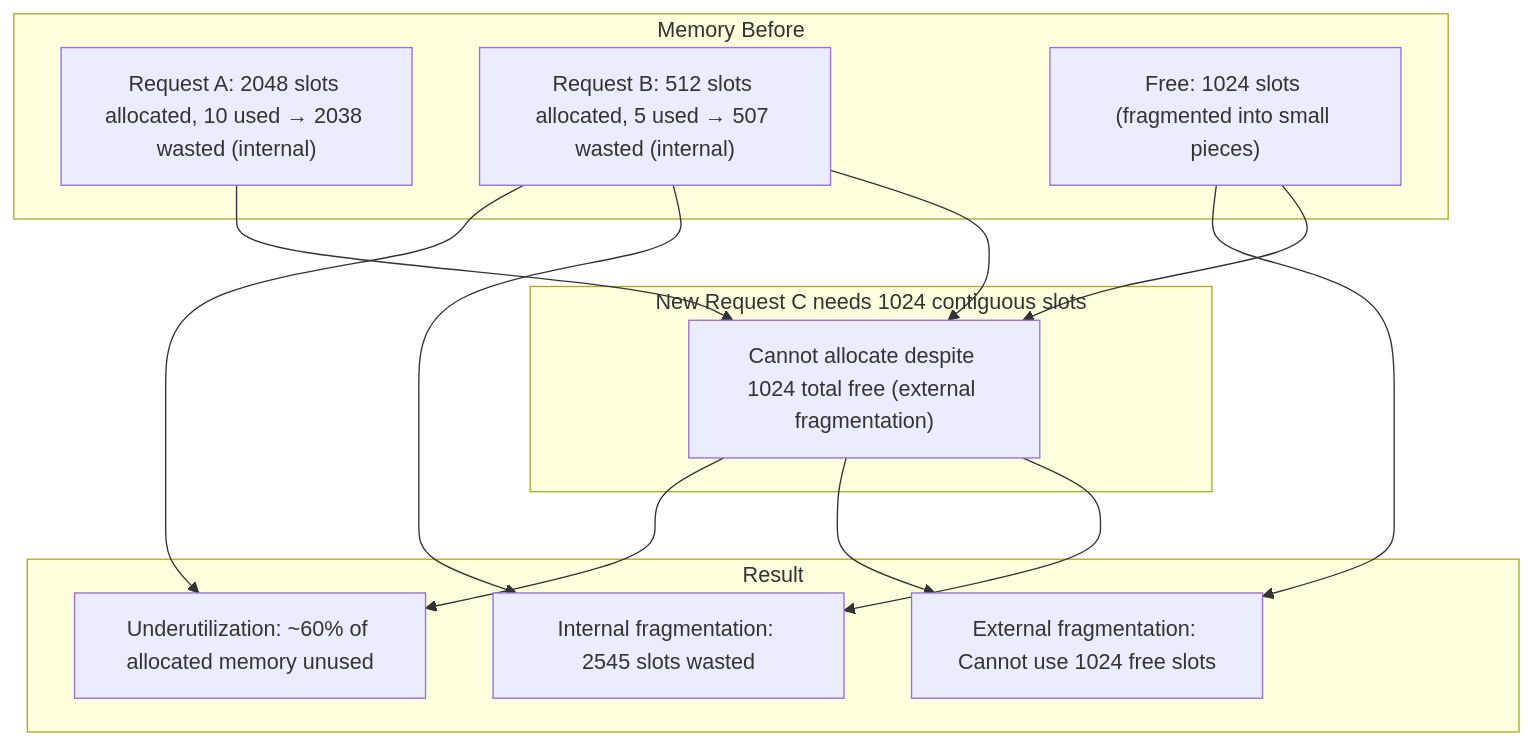
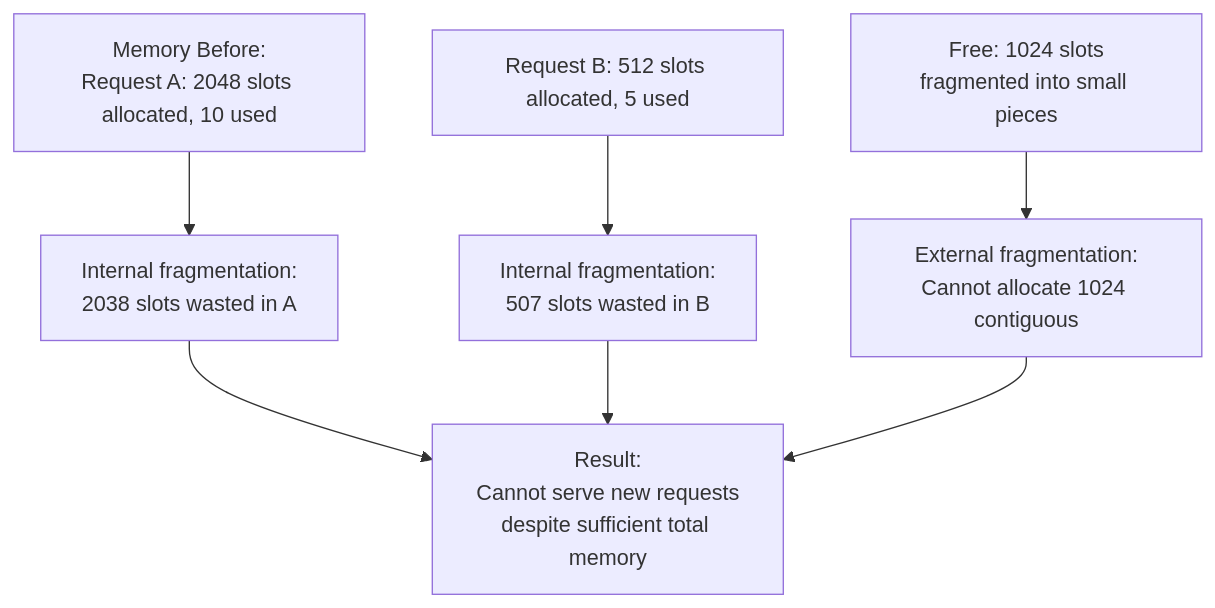
One commit to Shahriarin2garden/vllm_from_scratch changed the seventh of 37 diagrams in lab0.2/README.md. Above: the diagram before and after it, drawn with Mermaid. The commit also changed other lines of this file, not shown here.

Commit message:
Refactor diagrams in README.md for improved clarity and consistency

````diff
--- a/lab0.2/README.md
+++ b/lab0.2/README.md
@@ -237,20 +210,7 @@
 ```mermaid
 graph TD
-    subgraph "Memory Before"
-        M1["Request A: 2048 slots allocated, 10 used → 2038 wasted (internal)"]
-        M2["Request B: 512 slots allocated, 5 used → 507 wasted (internal)"]
-        M3["Free: 1024 slots (fragmented into small pieces)"]
-    end
-    subgraph "New Request C needs 1024 contiguous slots"
-        M4["Cannot allocate despite 1024 total free (external fragmentation)"]
-    end
-    subgraph "Result"
-        Frag1["Internal fragmentation: 2545 slots wasted"]
-        Frag2["External fragmentation: Cannot use 1024 free slots"]
-        Frag3["Underutilization: ~60% of allocated memory unused"]
-    end
-    M1 & M2 & M3 --> M4
-    M2 & M4 --> Frag1
-    M3 & M4 --> Frag2
-    M2 & M4 --> Frag3
+    M1["Memory Before:<br/>Request A: 2048 slots allocated, 10 used"] --> Frag1[Internal fragmentation:<br/>2038 slots wasted in A]
+    M2["Request B: 512 slots allocated, 5 used"] --> Frag2[Internal fragmentation:<br/>507 slots wasted in B]
+    M3["Free: 1024 slots<br/>fragmented into small pieces"] --> Frag3[External fragmentation:<br/>Cannot allocate 1024 contiguous]
+    Frag1 & Frag2 & Frag3 --> Result["Result:<br/>Cannot serve new requests<br/>despite sufficient total memory"]
 ```
````
